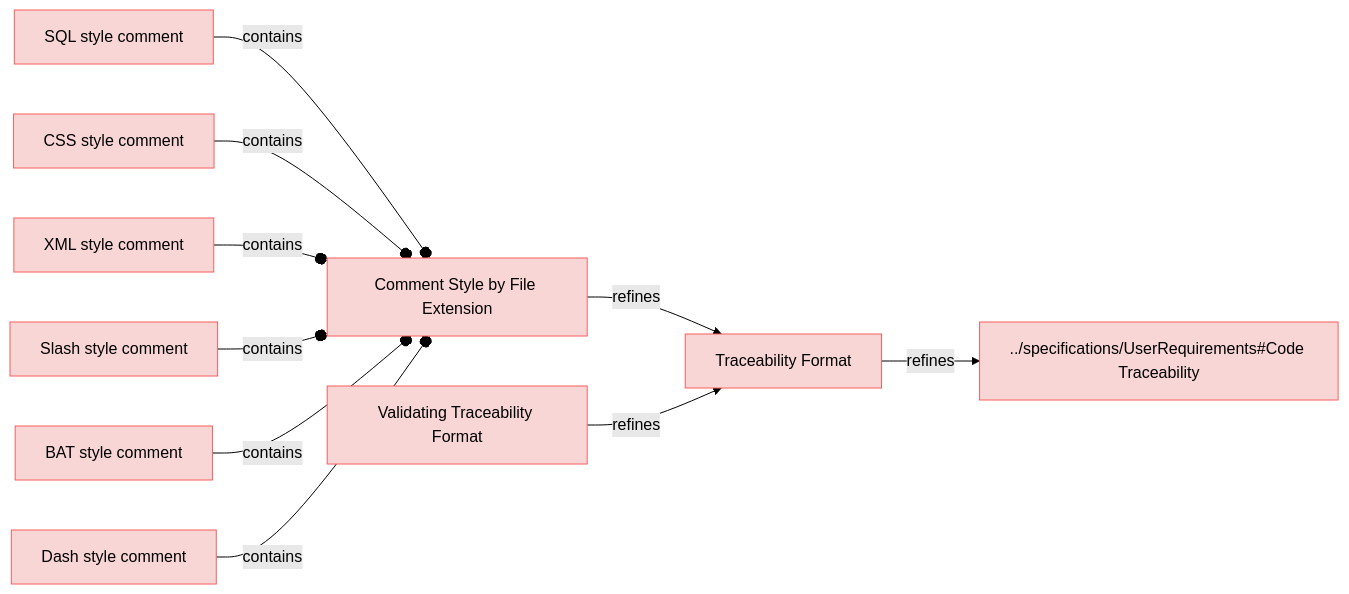
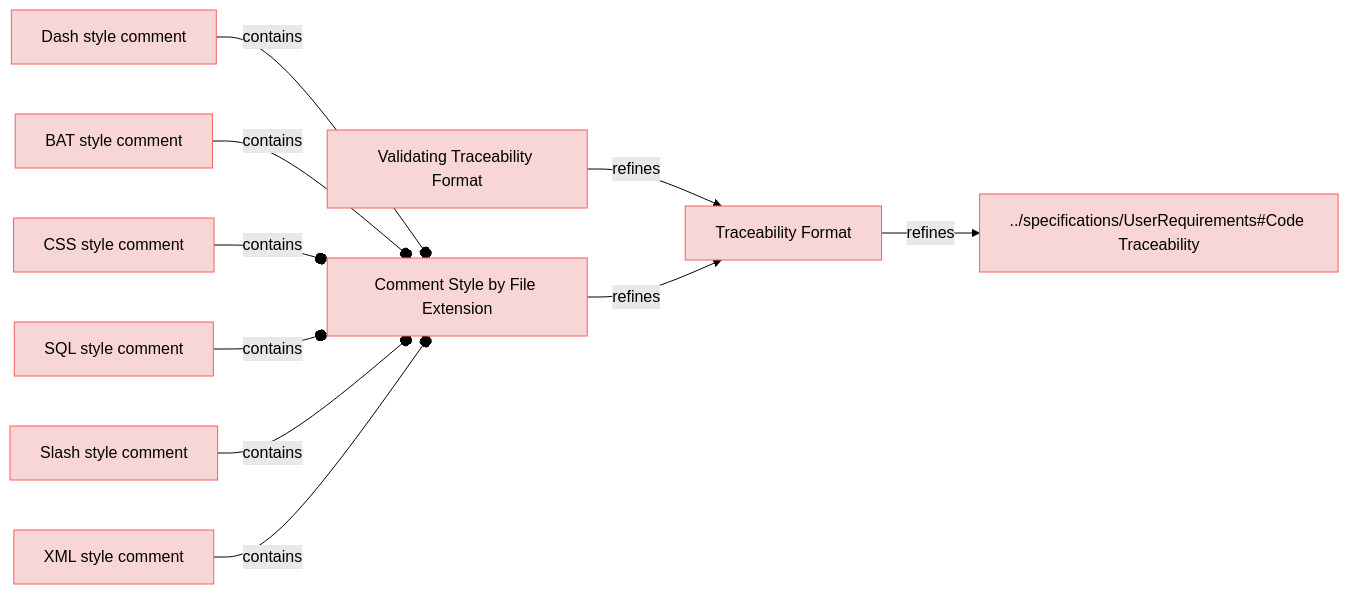
Before and after one commit to reqvire-org/reqvire: the diagram in specifications/CodeTraecabilityRequirements.md, drawn with Mermaid (forest theme). The commit also changed other lines of this file and 18 other files, not shown here.

````diff
--- a/specifications/CodeTraecabilityRequirements.md
+++ b/specifications/CodeTraecabilityRequirements.md
@@ -4,48 +4,48 @@
 ```mermaid
 graph LR;
   %% Graph styling
   classDef requirement fill:#f9d6d6,stroke:#f55f5f,stroke-width:1px;
   classDef verification fill:#d6f9d6,stroke:#5fd75f,stroke-width:1px;
   classDef externalLink fill:#d0e0ff,stroke:#3080ff,stroke-width:1px;
   classDef default fill:#f5f5f5,stroke:#333333,stroke-width:1px;
 
-  39fc946195c12956["SQL style comment"];
-  class 39fc946195c12956 requirement;
-  click 39fc946195c12956 "CodeTraecabilityRequirements.md#sql-style-comment";
+  be41c3d9e39abe6f["Dash style comment"];
+  class be41c3d9e39abe6f requirement;
+  click be41c3d9e39abe6f "CodeTraecabilityRequirements.md#dash-style-comment";
   f4c09ad7359812ff["Comment Style by File Extension"];
   class f4c09ad7359812ff requirement;
   click f4c09ad7359812ff "CodeTraecabilityRequirements.md#comment-style-by-file-extension";
-  39fc946195c12956 --o|contains| f4c09ad7359812ff;
+  be41c3d9e39abe6f --o|contains| f4c09ad7359812ff;
+  3db41d3530e56596["Validating Traceability Format"];
+  class 3db41d3530e56596 requirement;
+  click 3db41d3530e56596 "CodeTraecabilityRequirements.md#validating-traceability-format";
   9314736a59776478["Traceability Format"];
   class 9314736a59776478 requirement;
   click 9314736a59776478 "CodeTraecabilityRequirements.md#traceability-format";
-  f4c09ad7359812ff -->|refines| 9314736a59776478;
+  3db41d3530e56596 -->|refines| 9314736a59776478;
   26ca72b617aff229["../specifications/UserRequirements#Code Traceability"];
   class 26ca72b617aff229 requirement;
   click 26ca72b617aff229 "UserRequirements.md#code-traceability";
   9314736a59776478 -->|refines| 26ca72b617aff229;
-  3db41d3530e56596["Validating Traceability Format"];
-  class 3db41d3530e56596 requirement;
-  click 3db41d3530e56596 "CodeTraecabilityRequirements.md#validating-traceability-format";
-  3db41d3530e56596 -->|refines| 9314736a59776478;
+  7fdde6a23819450b["BAT style comment"];
+  class 7fdde6a23819450b requirement;
+  click 7fdde6a23819450b "CodeTraecabilityRequirements.md#bat-style-comment";
+  7fdde6a23819450b --o|contains| f4c09ad7359812ff;
   a91fc474f292f1c9["CSS style comment"];
   class a91fc474f292f1c9 requirement;
   click a91fc474f292f1c9 "CodeTraecabilityRequirements.md#css-style-comment";
   a91fc474f292f1c9 --o|contains| f4c09ad7359812ff;
+  39fc946195c12956["SQL style comment"];
+  class 39fc946195c12956 requirement;
+  click 39fc946195c12956 "CodeTraecabilityRequirements.md#sql-style-comment";
+  39fc946195c12956 --o|contains| f4c09ad7359812ff;
+  99c4cc438042d855["Slash style comment"];
+  class 99c4cc438042d855 requirement;
+  click 99c4cc438042d855 "CodeTraecabilityRequirements.md#slash-style-comment";
+  99c4cc438042d855 --o|contains| f4c09ad7359812ff;
   474c97b7d0029622["XML style comment"];
   class 474c97b7d0029622 requirement;
   click 474c97b7d0029622 "CodeTraecabilityRequirements.md#xml-style-comment";
   474c97b7d0029622 --o|contains| f4c09ad7359812ff;
-  99c4cc438042d855["Slash style comment"];
-  class 99c4cc438042d855 requirement;
-  click 99c4cc438042d855 "CodeTraecabilityRequirements.md#slash-style-comment";
-  99c4cc438042d855 --o|contains| f4c09ad7359812ff;
-  7fdde6a23819450b["BAT style comment"];
-  class 7fdde6a23819450b requirement;
-  click 7fdde6a23819450b "CodeTraecabilityRequirements.md#bat-style-comment";
-  7fdde6a23819450b --o|contains| f4c09ad7359812ff;
-  be41c3d9e39abe6f["Dash style comment"];
-  class be41c3d9e39abe6f requirement;
-  click be41c3d9e39abe6f "CodeTraecabilityRequirements.md#dash-style-comment";
-  be41c3d9e39abe6f --o|contains| f4c09ad7359812ff;
+  f4c09ad7359812ff -->|refines| 9314736a59776478;
 ```
````
